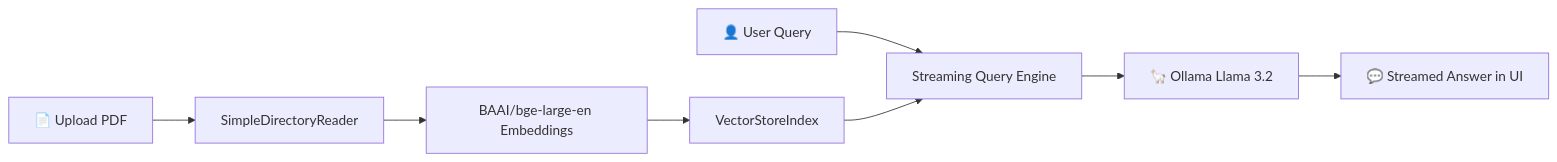
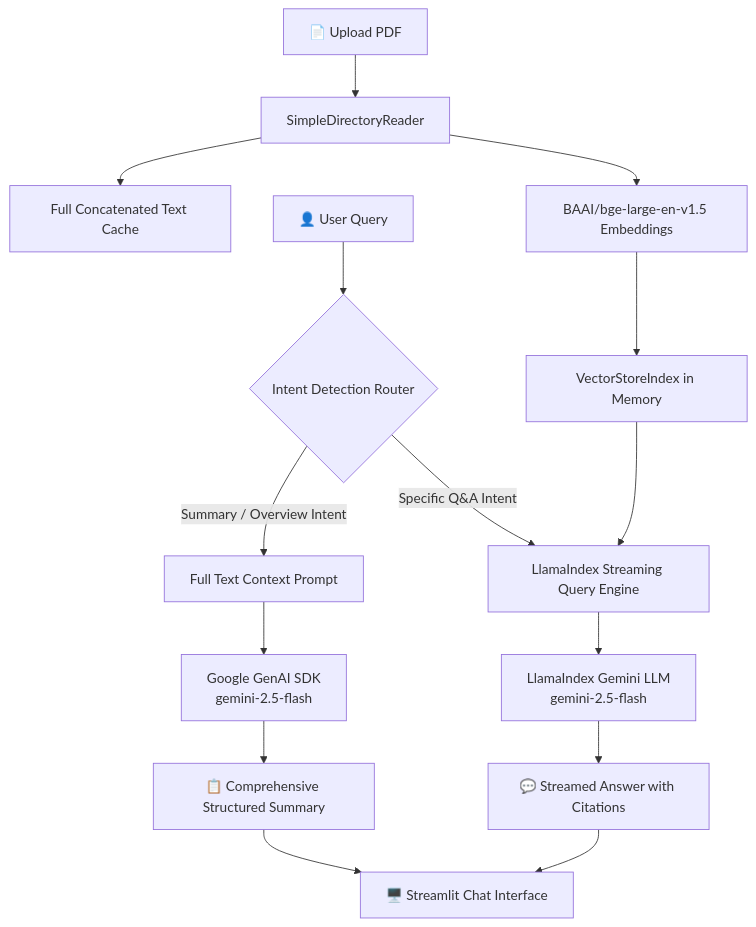
Before and after one commit to madhan-4413/projects: the diagram in document-chat-rag/README.md, drawn with Mermaid. The commit also changed other lines of this file and 5 other files, not shown here.

````diff
--- a/document-chat-rag/README.md
+++ b/document-chat-rag/README.md
@@ -20,10 +25,21 @@
 ```mermaid
-flowchart LR
+flowchart TD
     A[📄 Upload PDF] --> B[SimpleDirectoryReader]
-    B --> C[BAAI/bge-large-en Embeddings]
-    C --> D[VectorStoreIndex]
-    E[👤 User Query] --> F[Streaming Query Engine]
-    D --> F
-    F --> G[🦙 Ollama Llama 3.2]
-    G --> H[💬 Streamed Answer in UI]
+    B --> C[Full Concatenated Text Cache]
+    B --> D[BAAI/bge-large-en-v1.5 Embeddings]
+    D --> E[VectorStoreIndex in Memory]
+    
+    F[👤 User Query] --> G{Intent Detection Router}
+    
+    G -->|Summary / Overview Intent| H[Full Text Context Prompt]
+    H --> I[Google GenAI SDK\ngemini-2.5-flash]
+    I --> L[📋 Comprehensive Structured Summary]
+    
+    G -->|Specific Q&A Intent| J[LlamaIndex Streaming Query Engine]
+    E --> J
+    J --> K[LlamaIndex Gemini LLM\ngemini-2.5-flash]
+    K --> M[💬 Streamed Answer with Citations]
+    
+    L --> N[🖥️ Streamlit Chat Interface]
+    M --> N
 ```
````
